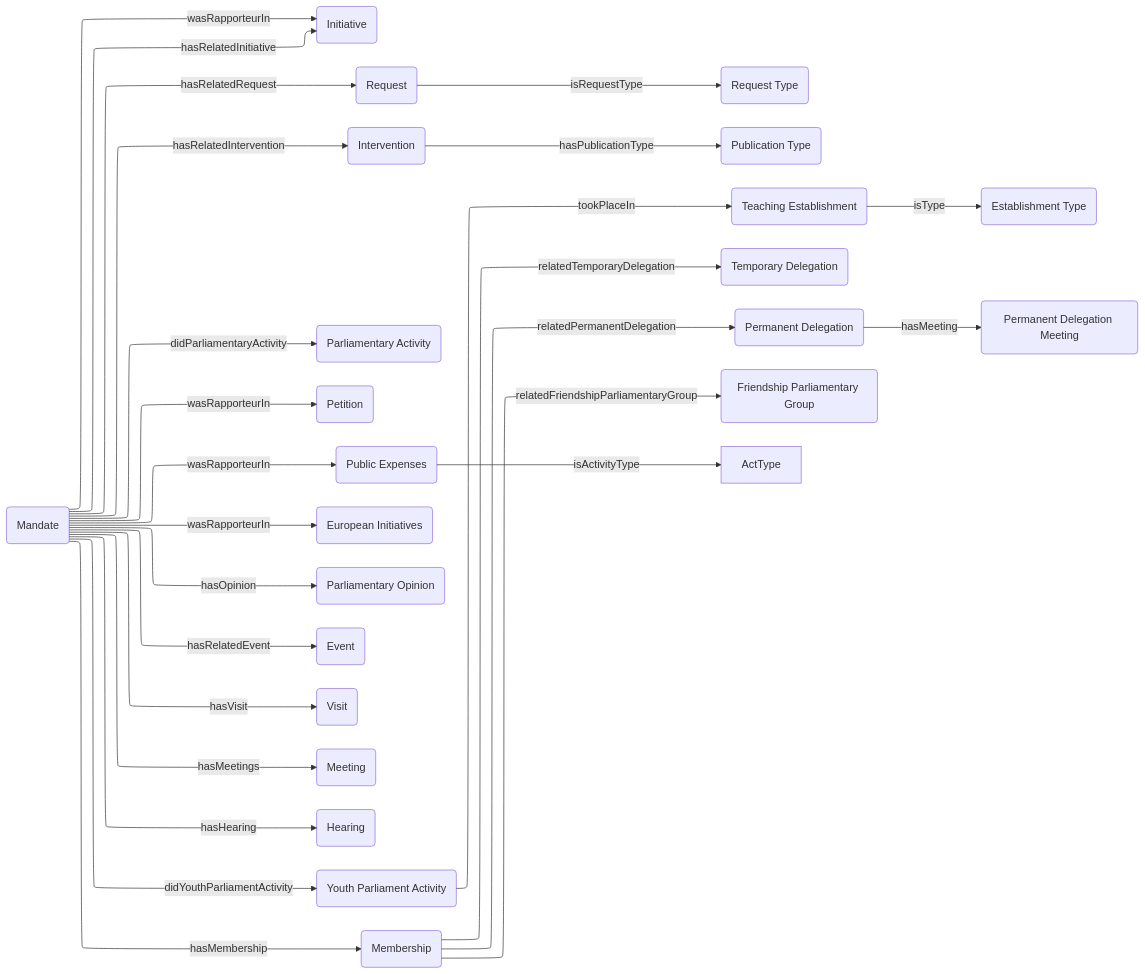
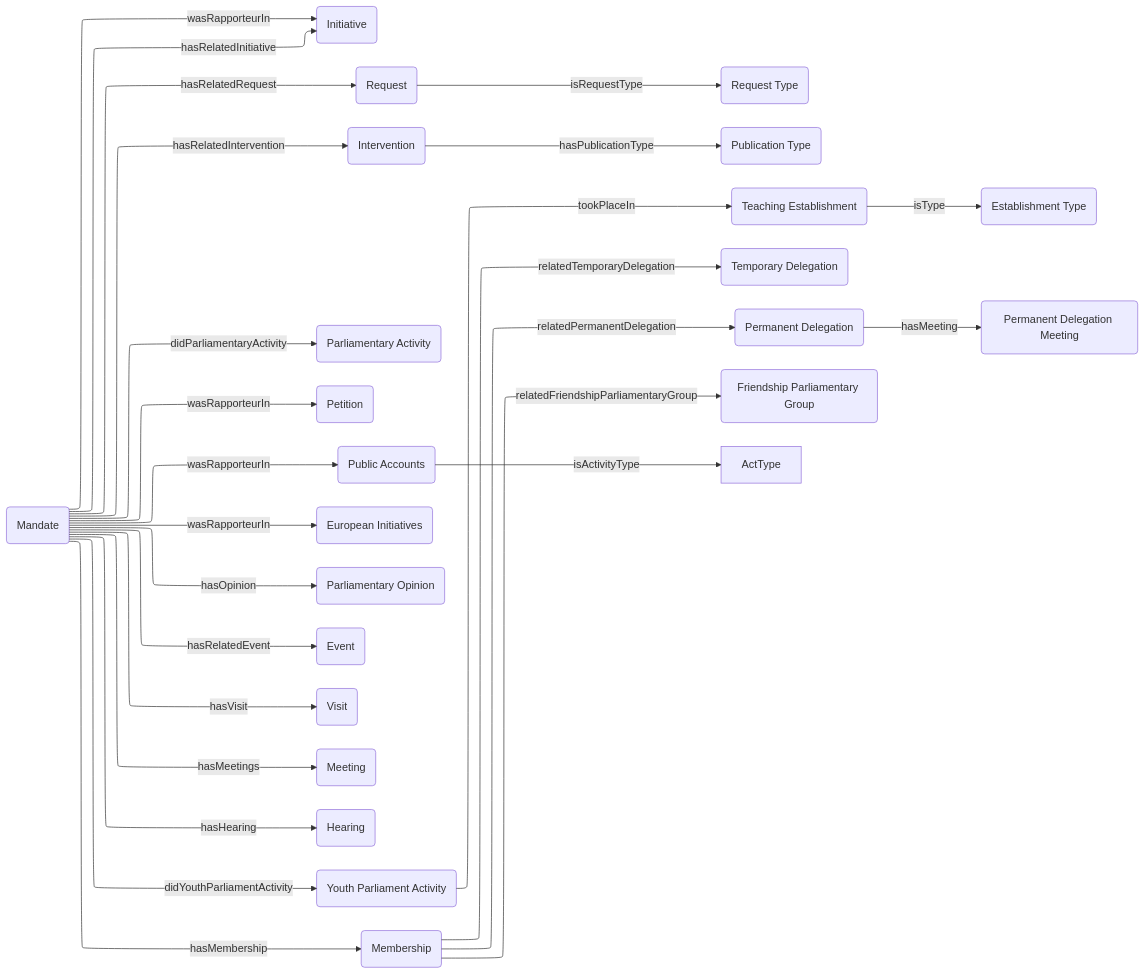
The diagram in OpenDataGOV-AP/DataModel/mp-activity/mp-activity.mermaid (politrackpt/ontologies), drawn with Mermaid before and after one commit.

Commit message:
AP: change public expense name to public accounts

```diff
--- a/OpenDataGOV-AP/DataModel/mp-activity/mp-activity.mermaid
+++ b/OpenDataGOV-AP/DataModel/mp-activity/mp-activity.mermaid
@@ -1,50 +1,50 @@
 ---
 config:
   layout: elk
 ---
 flowchart LR
     Mandate("Mandate")
     Ini("Initiative")
     Req("Request")
     reqtype("Request Type")
     Interv("Intervention")
     PubType("Publication Type")
     PAct("Parliamentary Activity")
     Pet("Petition")
-    PE("Public Expenses")
+    PE("Public Accounts")
     EUINI("European Initiatives")
     Opi("Parliamentary Opinion")
     Event("Event")
     Visit("Visit")
     Meet("Meeting")
     Hear("Hearing")
     YPA("Youth Parliament Activity")
     TeaEs("Teaching Establishment")
     EsType("Establishment Type")
     Mem("Membership")
     DelE("Temporary Delegation")
     DelP("Permanent Delegation")
     FPG("Friendship Parliamentary Group")
     DelPM("Permanent Delegation Meeting")
 
     Mandate -- hasRelatedInitiative --> Ini
     Mandate -- hasRelatedRequest --> Req
     Req -- isRequestType --> reqtype
     Mandate -- hasRelatedIntervention --> Interv
     Interv -- hasPublicationType  --> PubType
     Mandate -- didParliamentaryActivity --> PAct
     Mandate -- wasRapporteurIn --> Ini & Pet & PE & EUINI
     PE -- isActivityType --> ActType
     Mandate -- hasOpinion --> Opi
     Mandate -- hasRelatedEvent --> Event
     Mandate -- hasVisit --> Visit
     Mandate -- hasMeetings --> Meet
     Mandate -- hasHearing --> Hear
     Mandate -- didYouthParliamentActivity --> YPA
     YPA -- tookPlaceIn --> TeaEs
     TeaEs -- isType --> EsType
     Mandate -- hasMembership --> Mem
     Mem -- relatedTemporaryDelegation --> DelE
     Mem -- relatedPermanentDelegation --> DelP
     Mem -- relatedFriendshipParliamentaryGroup --> FPG
     DelP -- hasMeeting --> DelPM
```
